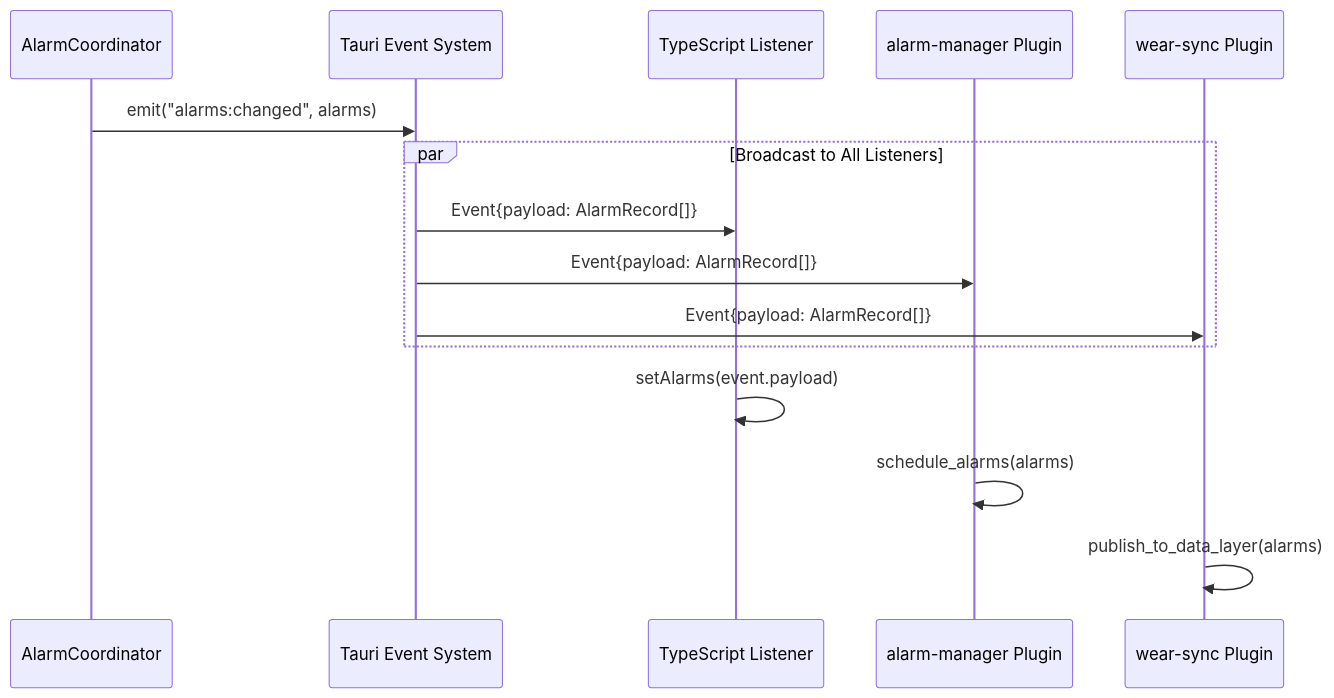
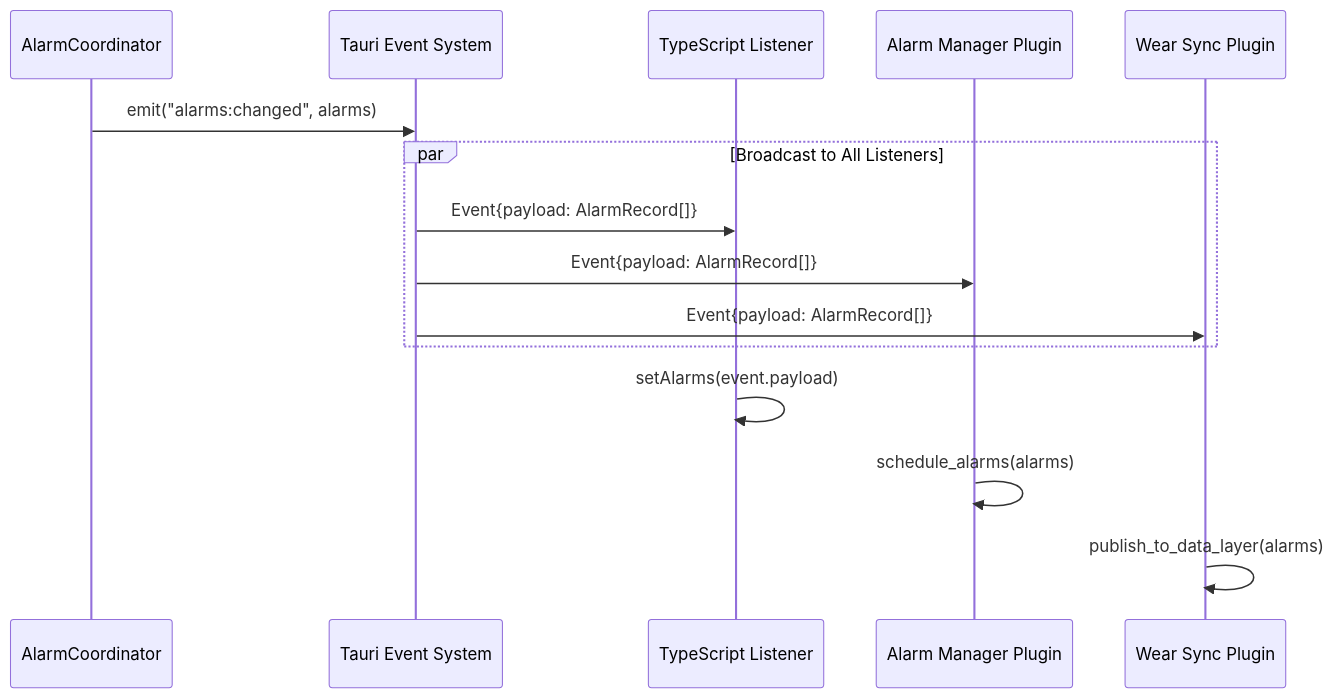
One commit to liminal-hq/threshold changed the fourth of 32 diagrams in docs/architecture/flow-diagrams.md. Above: the diagram before and after it, drawn with Mermaid. The commit also changed other lines of this file and 5 other files, not shown here.

First line of the commit message:
feat: add Mermaid diagram linting with CI integration

````diff
--- a/docs/architecture/flow-diagrams.md
+++ b/docs/architecture/flow-diagrams.md
@@ -150,20 +150,20 @@
 ```mermaid
 sequenceDiagram
     participant Coord as AlarmCoordinator
     participant Tauri as Tauri Event System
     participant UI as TypeScript Listener
-    participant AlarmMgr as alarm-manager Plugin
-    participant WearSync as wear-sync Plugin
+    participant AlarmMgr as Alarm Manager Plugin
+    participant WearSync as Wear Sync Plugin
 
     Coord->>Tauri: emit("alarms:changed", alarms)
     
     par Broadcast to All Listeners
         Tauri->>UI: Event{payload: AlarmRecord[]}
         Tauri->>AlarmMgr: Event{payload: AlarmRecord[]}
         Tauri->>WearSync: Event{payload: AlarmRecord[]}
     end
 
     UI->>UI: setAlarms(event.payload)
     AlarmMgr->>AlarmMgr: schedule_alarms(alarms)
     WearSync->>WearSync: publish_to_data_layer(alarms)
 ```
````
